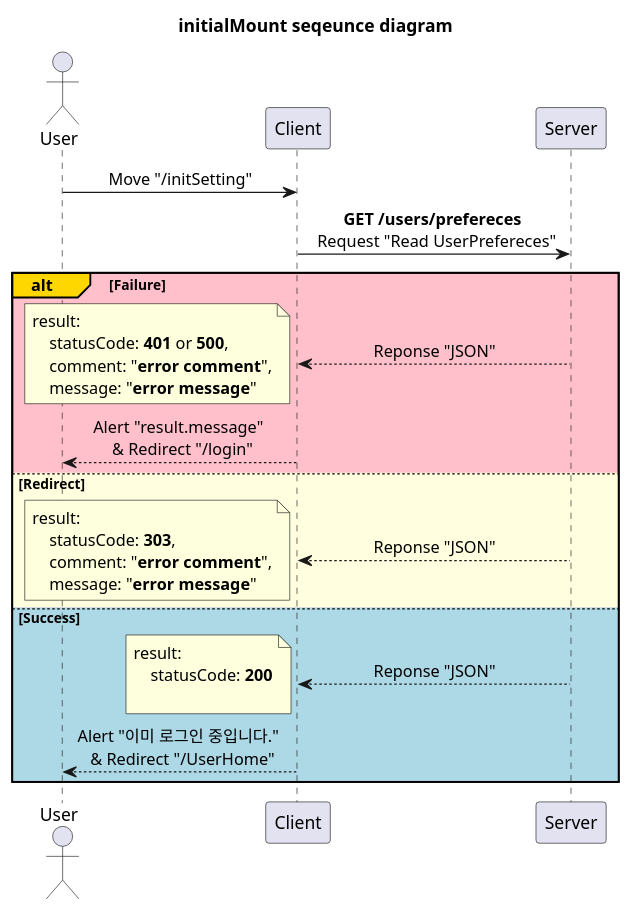
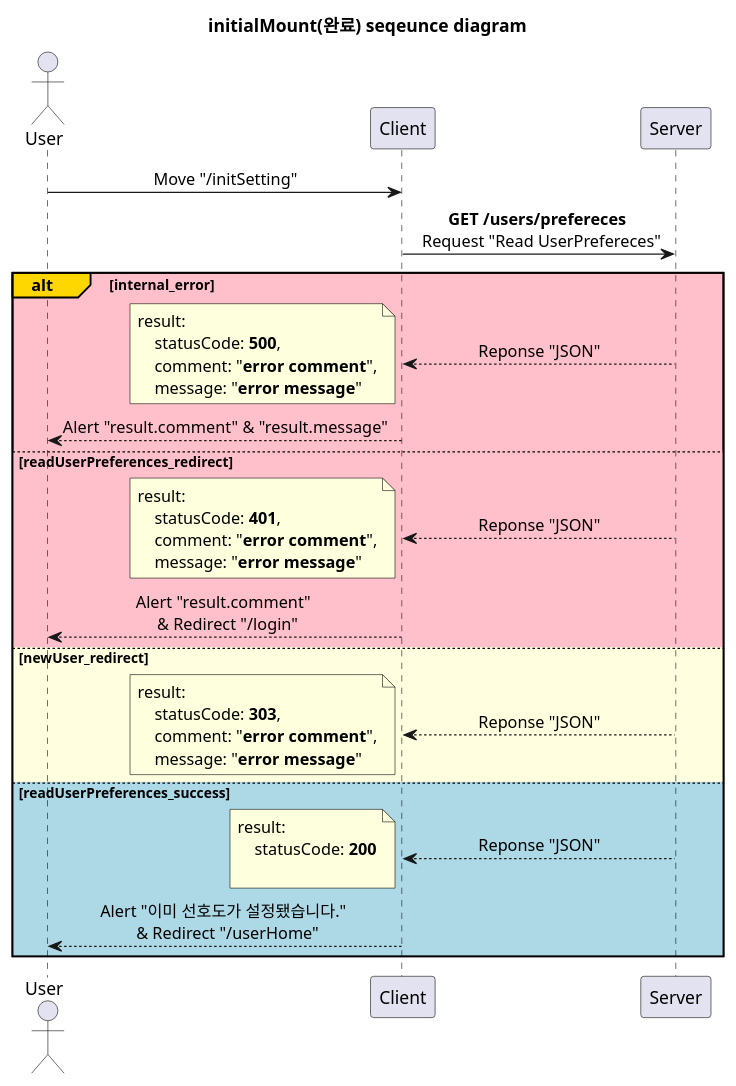
One commit to devSeungBin/SSCS changed the diagram in diagram/initSetting_page/initialMount.puml. Above: the diagram before and after it, drawn with PlantUML. The commit also changed 14 other files, not shown here.

```diff
--- a/diagram/initSetting_page/initialMount.puml
+++ b/diagram/initSetting_page/initialMount.puml
@@ -1,46 +1,56 @@
-@startuml initialMount
+@startuml initialMount(완료)
 'http://localhost:3000/initSetting
 
-title initialMount seqeunce diagram
+title initialMount(완료) seqeunce diagram
 
 skinparam SequenceMessageAlignment center
 
 participant Server order 30
 participant Client order 20
 actor User order 10
 
 User -> Client: Move "/initSetting"
 
 Client -> Server: **GET /users/prefereces** \n Request "Read UserPrefereces"
 
-alt#Gold #Pink Failure
+alt#Gold #Pink internal_error
     Client <-- Server: Reponse "JSON"
     note left
         result:
-            statusCode: **401** or **500**,
+            statusCode: **500**,
             comment: "**error comment**",
             message: "**error message**"
     end note
-    User <-- Client: Alert "result.message" \n & Redirect "/login"
+    User <-- Client: Alert "result.comment" & "result.message"
 
-else #LightYellow Redirect
+else #Pink readUserPreferences_redirect
+    Client <-- Server: Reponse "JSON"
+    note left
+        result:
+            statusCode: **401**,
+            comment: "**error comment**",
+            message: "**error message**"
+    end note
+    User <-- Client: Alert "result.comment" \n & Redirect "/login"
+
+else #LightYellow newUser_redirect
     Client <-- Server: Reponse "JSON"
     note left
         result:
             statusCode: **303**,
             comment: "**error comment**",
             message: "**error message**"
     end note
 
-else #LightBlue Success
+else #LightBlue readUserPreferences_success
     Client <-- Server: Reponse "JSON"
     note left
         result:
             statusCode: **200**
 
     end note
-    User <-- Client: Alert "이미 로그인 중입니다." \n & Redirect "/UserHome"
+    User <-- Client: Alert "이미 선호도가 설정됐습니다." \n & Redirect "/userHome"
 
 end
 
 @enduml
```
